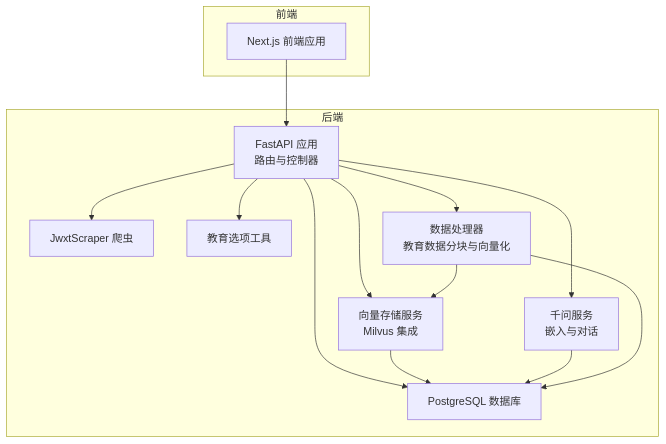
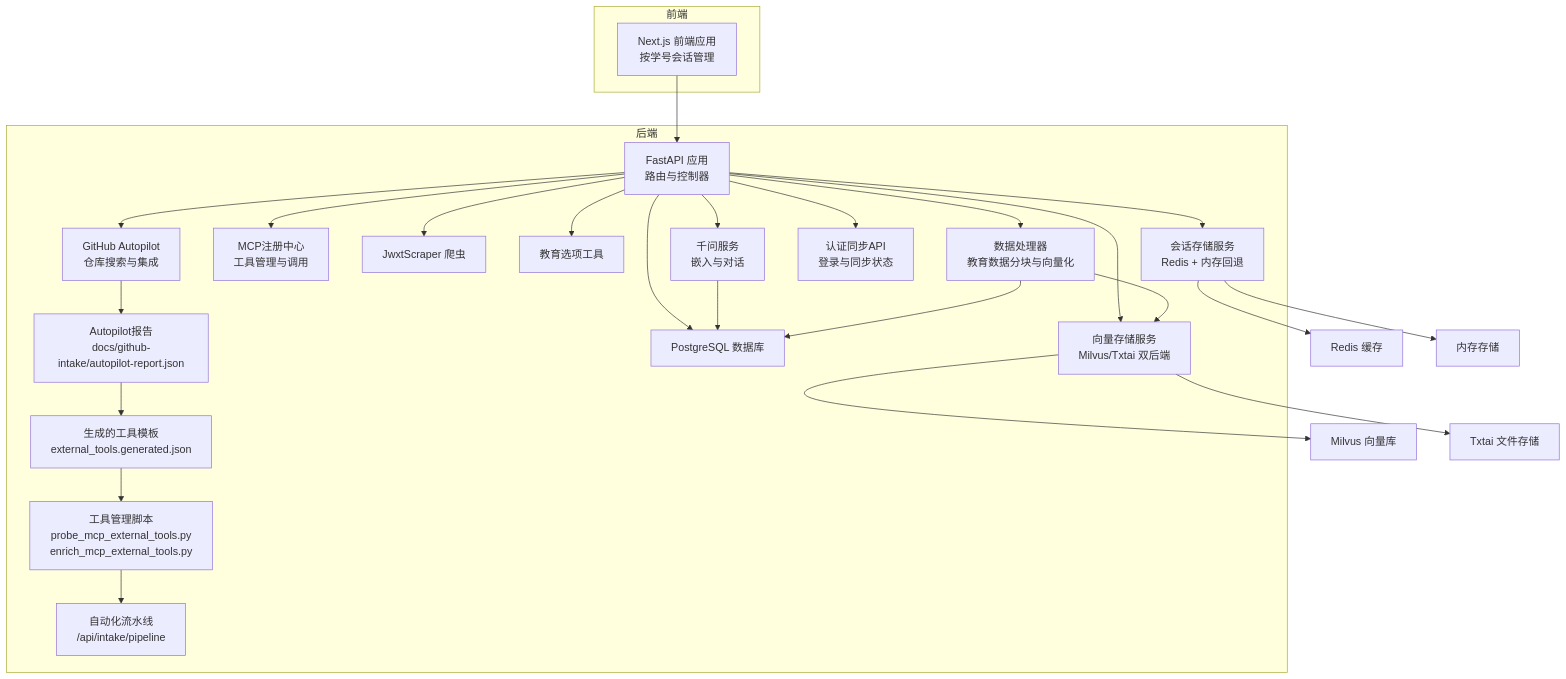
The first of 23 diagrams in .qoder/repowiki/zh/content/AI智能问答系统/AI智能问答系统.md (ghbbn053-ship-itsoulddog/soulddog), drawn with Mermaid before and after one commit. The commit also changed other lines of this file and 119 other files, not shown here.

````diff
--- a/.qoder/repowiki/zh/content/AI智能问答系统/AI智能问答系统.md
+++ b/.qoder/repowiki/zh/content/AI智能问答系统/AI智能问答系统.md
@@ -51,26 +102,45 @@
 ```mermaid
 graph TB
 subgraph "前端"
-FE["Next.js 前端应用"]
+FE["Next.js 前端应用<br/>按学号会话管理"]
 end
 subgraph "后端"
 API["FastAPI 应用<br/>路由与控制器"]
-SVC_VEC["向量存储服务<br/>Milvus 集成"]
+SVC_VEC["向量存储服务<br/>Milvus/Txtai 双后端"]
 SVC_QWEN["千问服务<br/>嵌入与对话"]
+SVC_MCP["MCP注册中心<br/>工具管理与调用"]
 DB["PostgreSQL 数据库"]
 SCRAPER["JwxtScraper 爬虫"]
 OPTIONS["教育选项工具"]
 DATA_PROC["数据处理器<br/>教育数据分块与向量化"]
+SESSION_STORE["会话存储服务<br/>Redis + 内存回退"]
+AUTH_SYNC["认证同步API<br/>登录与同步状态"]
+GITHUB_AUTOPILOT["GitHub Autopilot<br/>仓库搜索与集成"]
+AUTOPILOT_REPORT["Autopilot报告<br/>docs/github-intake/autopilot-report.json"]
+GENERATED_TOOLS["生成的工具模板<br/>external_tools.generated.json"]
+SCRIPTS["工具管理脚本<br/>probe_mcp_external_tools.py<br/>enrich_mcp_external_tools.py"]
+PIPELINE["自动化流水线<br/>/api/intake/pipeline"]
 end
 FE --> API
 API --> SVC_VEC
 API --> SVC_QWEN
+API --> SVC_MCP
 API --> DB
 API --> SCRAPER
 API --> OPTIONS
 API --> DATA_PROC
-SVC_VEC --> DB
+API --> SESSION_STORE
+API --> AUTH_SYNC
+API --> GITHUB_AUTOPILOT
+GITHUB_AUTOPILOT --> AUTOPILOT_REPORT
+AUTOPILOT_REPORT --> GENERATED_TOOLS
+GENERATED_TOOLS --> SCRIPTS
+SCRIPTS --> PIPELINE
+SVC_VEC --> MILVUS["Milvus 向量库"]
+SVC_VEC --> TXTAI["Txtai 文件存储"]
 SVC_QWEN --> DB
 DATA_PROC --> DB
 DATA_PROC --> SVC_VEC
+SESSION_STORE --> REDIS["Redis 缓存"]
+SESSION_STORE --> MEMORY["内存存储"]
 ```
````
